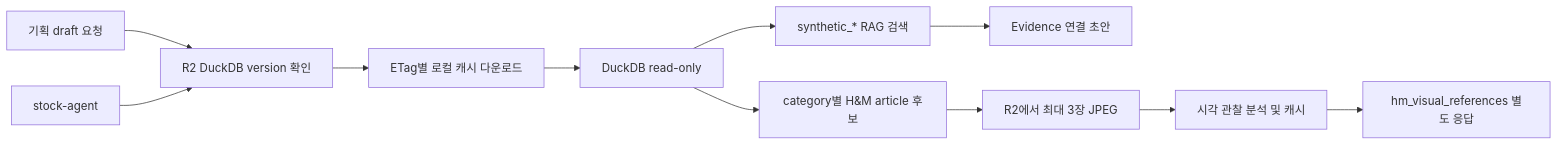
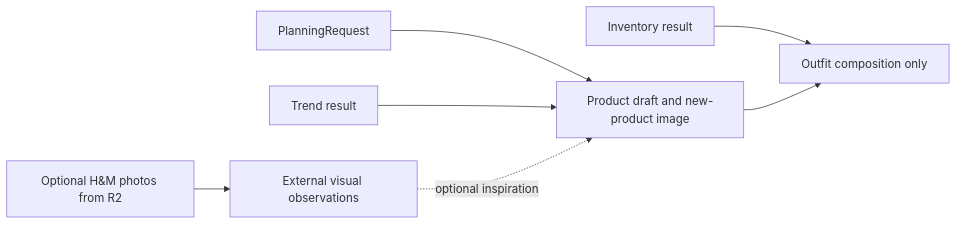
Before and after one commit to KG-RAG-02/fashion-planner-novelty: the diagram in docs/design/r2-cloud-planning-rag.md, drawn with Mermaid. The commit also changed other lines of this file and 70 other files, not shown here.

Commit message:
feat: change architecture

````diff
--- a/docs/design/r2-cloud-planning-rag.md
+++ b/docs/design/r2-cloud-planning-rag.md
@@ -7,13 +9,9 @@
 ```mermaid
 flowchart LR
-  A[기획 draft 요청] --> B[R2 DuckDB version 확인]
-  B --> C[ETag별 로컬 캐시 다운로드]
-  C --> D[DuckDB read-only]
-  D --> E[synthetic_* RAG 검색]
-  E --> F[Evidence 연결 초안]
-  D --> G[category별 H&M article 후보]
-  G --> H[R2에서 최대 3장 JPEG]
-  H --> I[시각 관찰 분석 및 캐시]
-  I --> J[hm_visual_references 별도 응답]
-  K[stock-agent] --> B
+  A[PlanningRequest] --> P[Product draft and new-product image]
+  B[Trend result] --> P
+  C[Inventory result] --> O[Outfit composition only]
+  P --> O
+  D[Optional H&M photos from R2] --> V[External visual observations]
+  V -. optional inspiration .-> P
 ```
````
